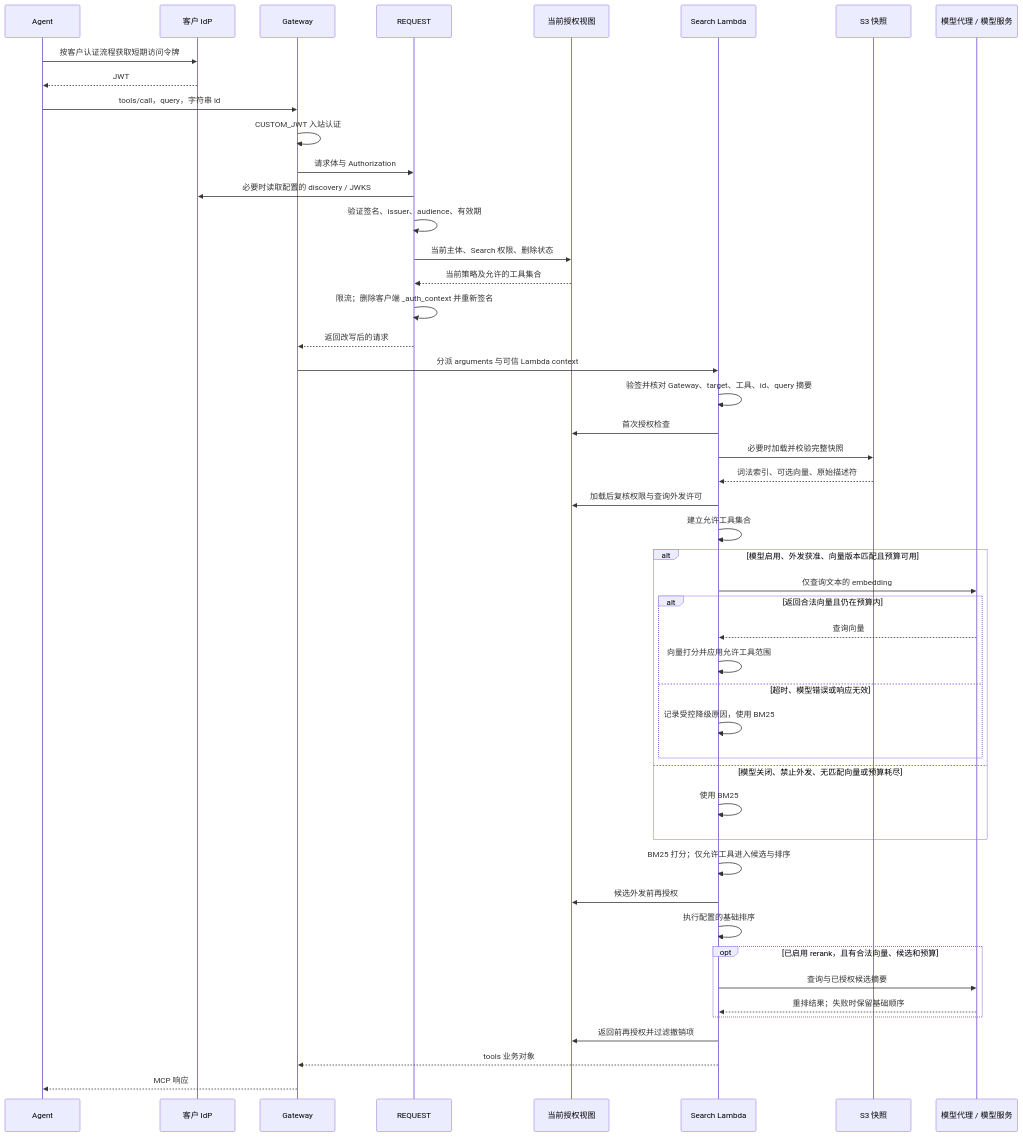
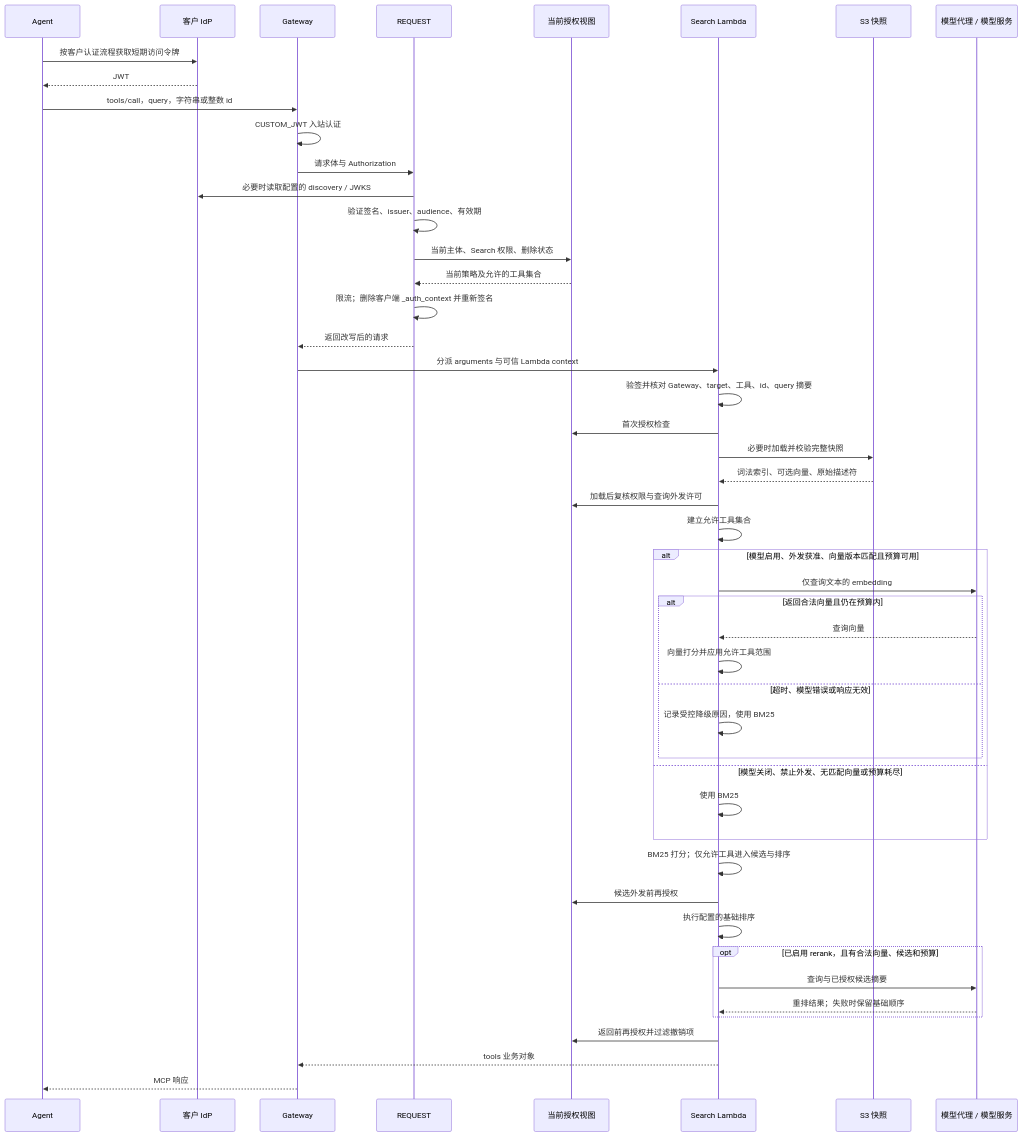
Before and after one commit to aws-samples/sample-agentcore-gateway-tool-search-china-region: the second of 5 diagrams in docs/architecture.md, drawn with Mermaid. The commit also changed 20 other files, not shown here.

````diff
--- a/docs/architecture.md
+++ b/docs/architecture.md
@@ -75,50 +75,50 @@
 ```mermaid
 sequenceDiagram
     participant A as Agent
     participant I as 客户 IdP
     participant G as Gateway
     participant R as REQUEST
     participant D as 当前授权视图
     participant S as Search Lambda
     participant B as S3 快照
     participant M as 模型代理 / 模型服务
     A->>I: 按客户认证流程获取短期访问令牌
     I-->>A: JWT
-    A->>G: tools/call，query，字符串 id
+    A->>G: tools/call，query，字符串或整数 id
     G->>G: CUSTOM_JWT 入站认证
     G->>R: 请求体与 Authorization
     R->>I: 必要时读取配置的 discovery / JWKS
     R->>R: 验证签名、issuer、audience、有效期
     R->>D: 当前主体、Search 权限、删除状态
     D-->>R: 当前策略及允许的工具集合
     R->>R: 限流；删除客户端 _auth_context 并重新签名
     R-->>G: 返回改写后的请求
     G->>S: 分派 arguments 与可信 Lambda context
     S->>S: 验签并核对 Gateway、target、工具、id、query 摘要
     S->>D: 首次授权检查
     S->>B: 必要时加载并校验完整快照
     B-->>S: 词法索引、可选向量、原始描述符
     S->>D: 加载后复核权限与查询外发许可
     S->>S: 建立允许工具集合
     alt 模型启用、外发获准、向量版本匹配且预算可用
         S->>M: 仅查询文本的 embedding
         alt 返回合法向量且仍在预算内
             M-->>S: 查询向量
             S->>S: 向量打分并应用允许工具范围
         else 超时、模型错误或响应无效
             S->>S: 记录受控降级原因，使用 BM25
         end
     else 模型关闭、禁止外发、无匹配向量或预算耗尽
         S->>S: 使用 BM25
     end
     S->>S: BM25 打分；仅允许工具进入候选与排序
     S->>D: 候选外发前再授权
     S->>S: 执行配置的基础排序
     opt 已启用 rerank，且有合法向量、候选和预算
         S->>M: 查询与已授权候选摘要
         M-->>S: 重排结果；失败时保留基础顺序
     end
     S->>D: 返回前再授权并过滤撤销项
     S-->>G: tools 业务对象
     G-->>A: MCP 响应
 ```
````
